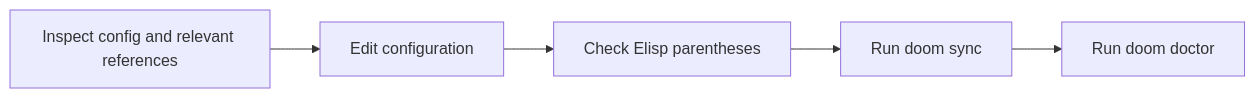
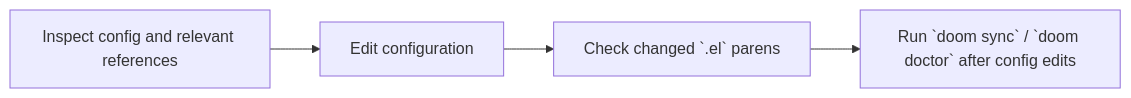
Before and after one commit to CodeSigils/hermes-doom-config: the diagram in README.md, drawn with Mermaid.

Commit message:
Clarify config verification diagram qualifiers

````diff
--- a/README.md
+++ b/README.md
@@ -49,7 +49,6 @@
 ```mermaid
 flowchart LR
   Inspect[Inspect config and relevant references] --> Edit[Edit configuration]
-  Edit --> Parens[Check Elisp parentheses]
-  Parens --> Sync[Run doom sync]
-  Sync --> Doctor[Run doom doctor]
+  Edit --> Parens["Check changed `.el` parens"]
+  Parens --> Verify["Run `doom sync` / `doom doctor` after config edits"]
 ```
````
